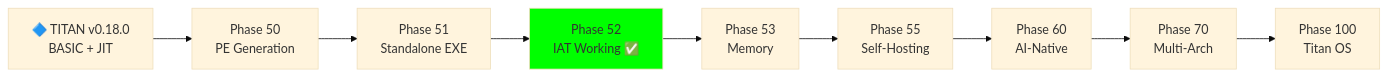
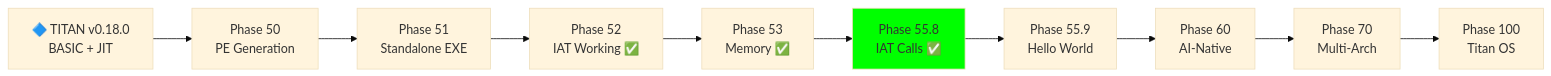
One commit to mjojo/SYNAPSE changed the diagram in docs/SYNAPSE_ROADMAP.md. Above: the diagram before and after it, drawn with Mermaid (base theme). The commit also changed other lines of this file and 3 other files, not shown here.

First line of the commit message:
feat: Add Hello World example with PE executable generation

````diff
--- a/docs/SYNAPSE_ROADMAP.md
+++ b/docs/SYNAPSE_ROADMAP.md
@@ -63,16 +63,17 @@
 ```mermaid
 graph LR
     TITAN["🔷 TITAN v0.18.0<br/>BASIC + JIT"]
     P50["Phase 50<br/>PE Generation"]
     P51["Phase 51<br/>Standalone EXE"]
     P52["Phase 52<br/>IAT Working ✅"]
-    P53["Phase 53<br/>Memory"]
-    P55["Phase 55<br/>Self-Hosting"]
+    P53["Phase 53<br/>Memory ✅"]
+    P55["Phase 55.8<br/>IAT Calls ✅"]
+    P56["Phase 55.9<br/>Hello World"]
     P60["Phase 60<br/>AI-Native"]
     P70["Phase 70<br/>Multi-Arch"]
     P100["Phase 100<br/>Titan OS"]
     
-    TITAN --> P50 --> P51 --> P52 --> P53 --> P55 --> P60 --> P70 --> P100
+    TITAN --> P50 --> P51 --> P52 --> P53 --> P55 --> P56 --> P60 --> P70 --> P100
     
-    style P52 fill:#0f0
+    style P55 fill:#0f0
 ```
````
